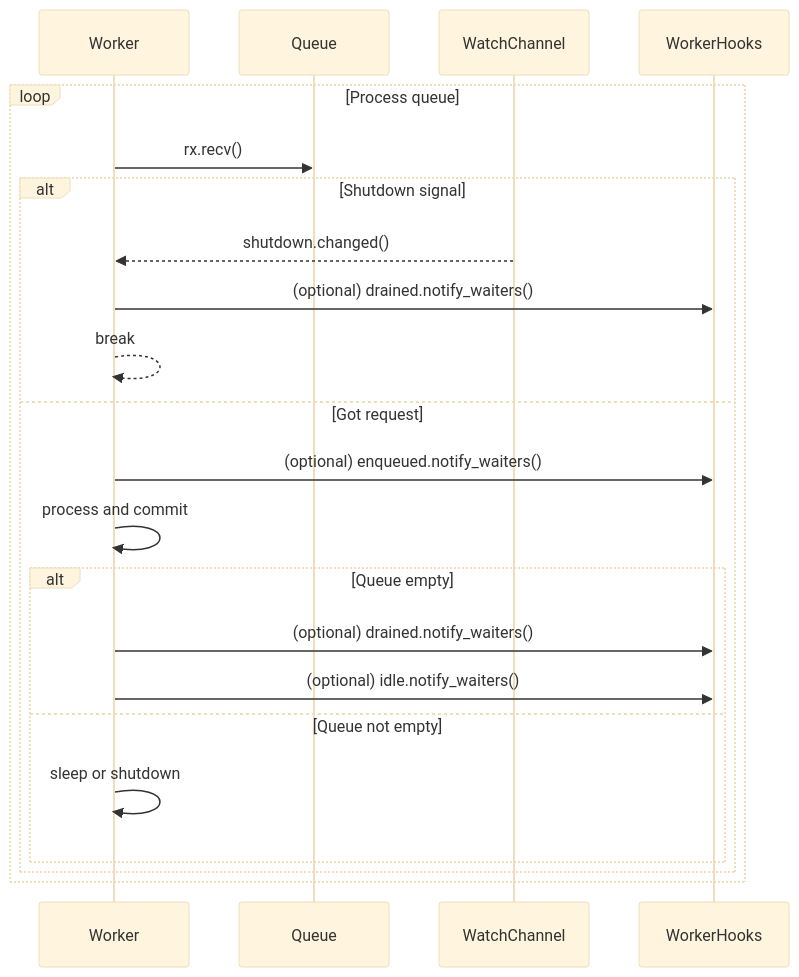
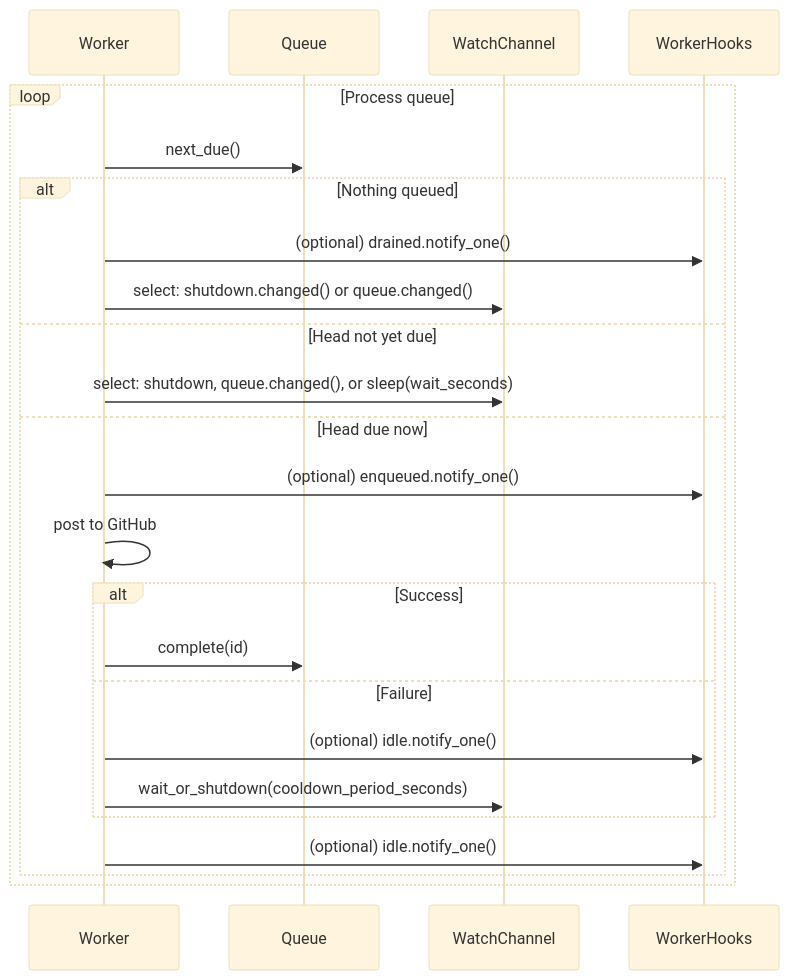
The third of 3 diagrams in docs/comenq-design.md (leynos/comenq), drawn with Mermaid (base theme) before and after one commit. The commit also changed other lines of this file and 11 other files, not shown here.

````diff
--- a/docs/comenq-design.md
+++ b/docs/comenq-design.md
@@ -1015,24 +1106,26 @@
 ```mermaid
 sequenceDiagram
     participant Worker
     participant Queue
     participant WatchChannel
     participant WorkerHooks
     loop Process queue
-        Worker->>Queue: rx.recv()
-        alt Shutdown signal
-            WatchChannel-->>Worker: shutdown.changed()
-            Worker->>WorkerHooks: (optional) drained.notify_waiters()
-            Worker-->>Worker: break
-        else Got request
-            Worker->>WorkerHooks: (optional) enqueued.notify_waiters()
-            Worker->>Worker: process and commit
-            alt Queue empty
-                Worker->>WorkerHooks: (optional) drained.notify_waiters()
-                Worker->>WorkerHooks: (optional) idle.notify_waiters()
-            else Queue not empty
-                Worker->>Worker: sleep or shutdown
+        Worker->>Queue: next_due()
+        alt Nothing queued
+            Worker->>WorkerHooks: (optional) drained.notify_one()
+            Worker->>WatchChannel: select: shutdown.changed() or queue.changed()
+        else Head not yet due
+            Worker->>WatchChannel: select: shutdown, queue.changed(), or sleep(wait_seconds)
+        else Head due now
+            Worker->>WorkerHooks: (optional) enqueued.notify_one()
+            Worker->>Worker: post to GitHub
+            alt Success
+                Worker->>Queue: complete(id)
+            else Failure
+                Worker->>WorkerHooks: (optional) idle.notify_one()
+                Worker->>WatchChannel: wait_or_shutdown(cooldown_period_seconds)
             end
+            Worker->>WorkerHooks: (optional) idle.notify_one()
         end
     end
 ```
````
